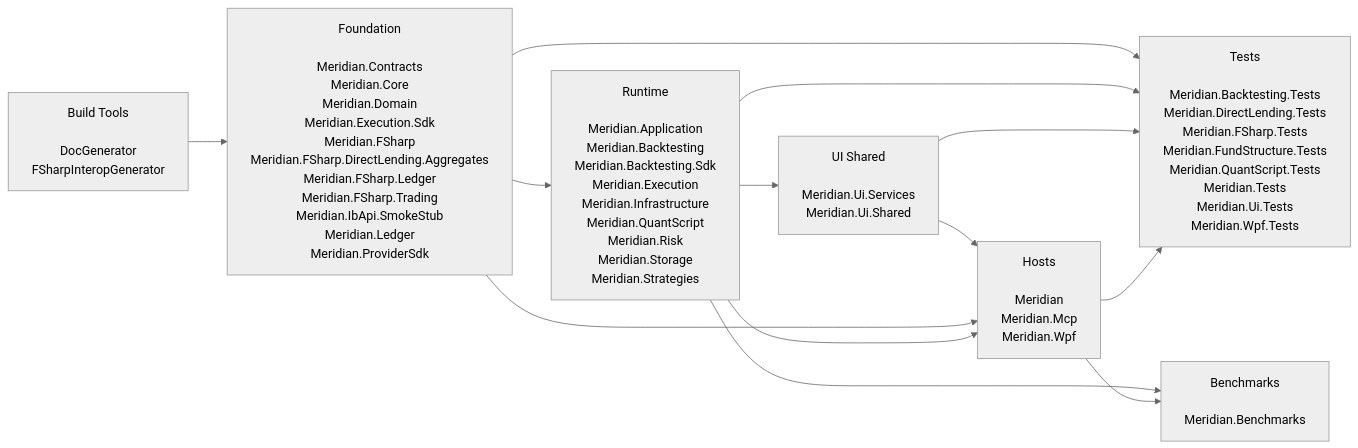
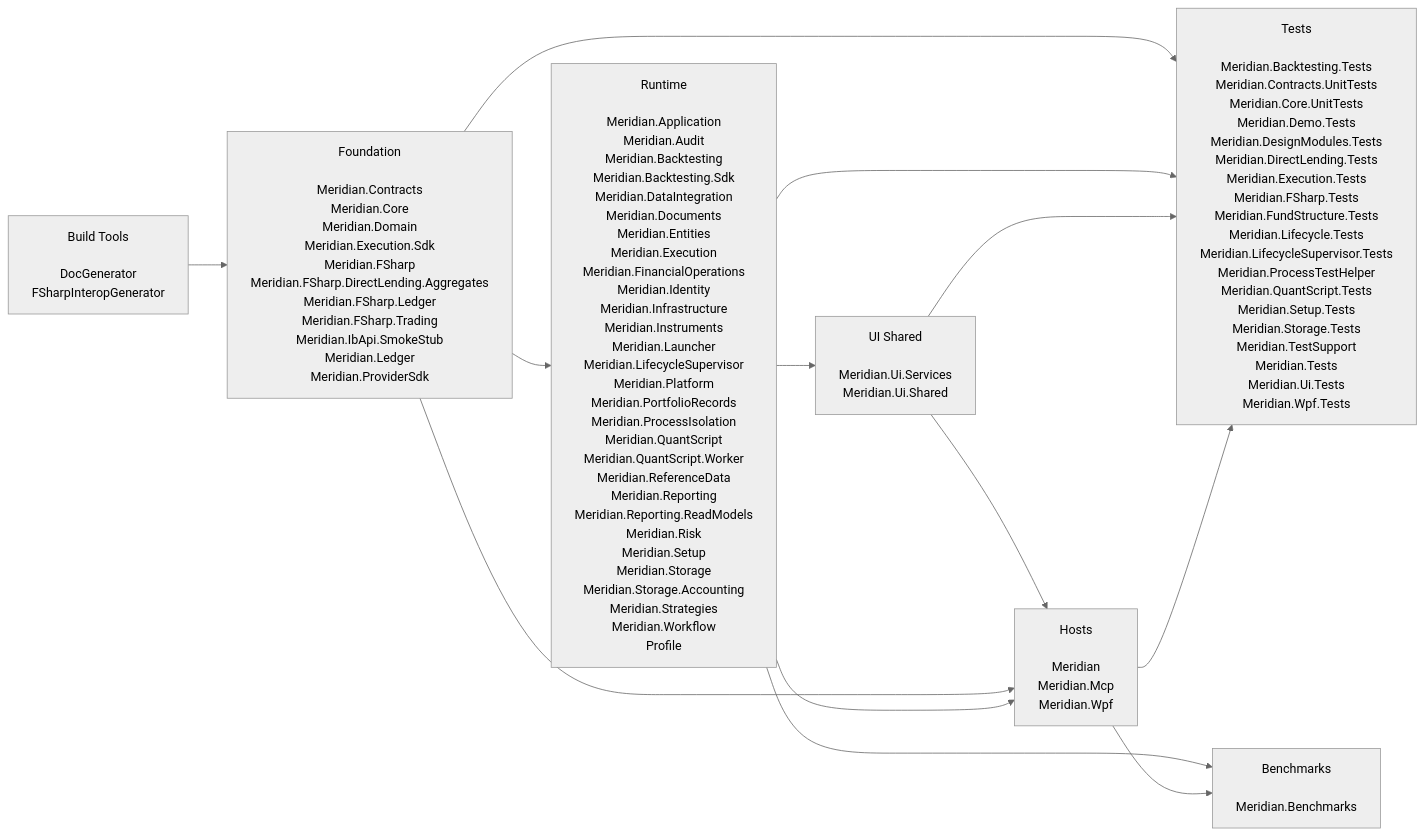
The first of 3 diagrams in docs/generated/project-dependencies.md (rodoHasArrived/Meridian-main), drawn with Mermaid (neutral theme) before and after one commit. The commit also changed other lines of this file and 14 other files, not shown here.

````diff
--- a/docs/generated/project-dependencies.md
+++ b/docs/generated/project-dependencies.md
@@ -23,22 +23,22 @@
 ```mermaid
 flowchart LR
     BuildTools["Build Tools<br/><br/>DocGenerator<br/>FSharpInteropGenerator"]
     Foundation["Foundation<br/><br/>Meridian.Contracts<br/>Meridian.Core<br/>Meridian.Domain<br/>Meridian.Execution.Sdk<br/>Meridian.FSharp<br/>Meridian.FSharp.DirectLending.Aggregates<br/>Meridian.FSharp.Ledger<br/>Meridian.FSharp.Trading<br/>Meridian.IbApi.SmokeStub<br/>Meridian.Ledger<br/>Meridian.ProviderSdk"]
-    Runtime["Runtime<br/><br/>Meridian.Application<br/>Meridian.Backtesting<br/>Meridian.Backtesting.Sdk<br/>Meridian.Execution<br/>Meridian.Infrastructure<br/>Meridian.QuantScript<br/>Meridian.Risk<br/>Meridian.Storage<br/>Meridian.Strategies"]
+    Runtime["Runtime<br/><br/>Meridian.Application<br/>Meridian.Audit<br/>Meridian.Backtesting<br/>Meridian.Backtesting.Sdk<br/>Meridian.DataIntegration<br/>Meridian.Documents<br/>Meridian.Entities<br/>Meridian.Execution<br/>Meridian.FinancialOperations<br/>Meridian.Identity<br/>Meridian.Infrastructure<br/>Meridian.Instruments<br/>Meridian.Launcher<br/>Meridian.LifecycleSupervisor<br/>Meridian.Platform<br/>Meridian.PortfolioRecords<br/>Meridian.ProcessIsolation<br/>Meridian.QuantScript<br/>Meridian.QuantScript.Worker<br/>Meridian.ReferenceData<br/>Meridian.Reporting<br/>Meridian.Reporting.ReadModels<br/>Meridian.Risk<br/>Meridian.Setup<br/>Meridian.Storage<br/>Meridian.Storage.Accounting<br/>Meridian.Strategies<br/>Meridian.Workflow<br/>Profile"]
     UIShared["UI Shared<br/><br/>Meridian.Ui.Services<br/>Meridian.Ui.Shared"]
     Hosts["Hosts<br/><br/>Meridian<br/>Meridian.Mcp<br/>Meridian.Wpf"]
     Benchmarks["Benchmarks<br/><br/>Meridian.Benchmarks"]
-    Tests["Tests<br/><br/>Meridian.Backtesting.Tests<br/>Meridian.DirectLending.Tests<br/>Meridian.FSharp.Tests<br/>Meridian.FundStructure.Tests<br/>Meridian.QuantScript.Tests<br/>Meridian.Tests<br/>Meridian.Ui.Tests<br/>Meridian.Wpf.Tests"]
+    Tests["Tests<br/><br/>Meridian.Backtesting.Tests<br/>Meridian.Contracts.UnitTests<br/>Meridian.Core.UnitTests<br/>Meridian.Demo.Tests<br/>Meridian.DesignModules.Tests<br/>Meridian.DirectLending.Tests<br/>Meridian.Execution.Tests<br/>Meridian.FSharp.Tests<br/>Meridian.FundStructure.Tests<br/>Meridian.Lifecycle.Tests<br/>Meridian.LifecycleSupervisor.Tests<br/>Meridian.ProcessTestHelper<br/>Meridian.QuantScript.Tests<br/>Meridian.Setup.Tests<br/>Meridian.Storage.Tests<br/>Meridian.TestSupport<br/>Meridian.Tests<br/>Meridian.Ui.Tests<br/>Meridian.Wpf.Tests"]
     BuildTools --> Foundation
     Foundation --> Runtime
     Runtime --> UIShared
     UIShared --> Hosts
     Foundation --> Hosts
     Runtime --> Hosts
     Foundation --> Tests
     Runtime --> Tests
     UIShared --> Tests
     Hosts --> Tests
     Runtime --> Benchmarks
     Hosts --> Benchmarks
 ```
````
